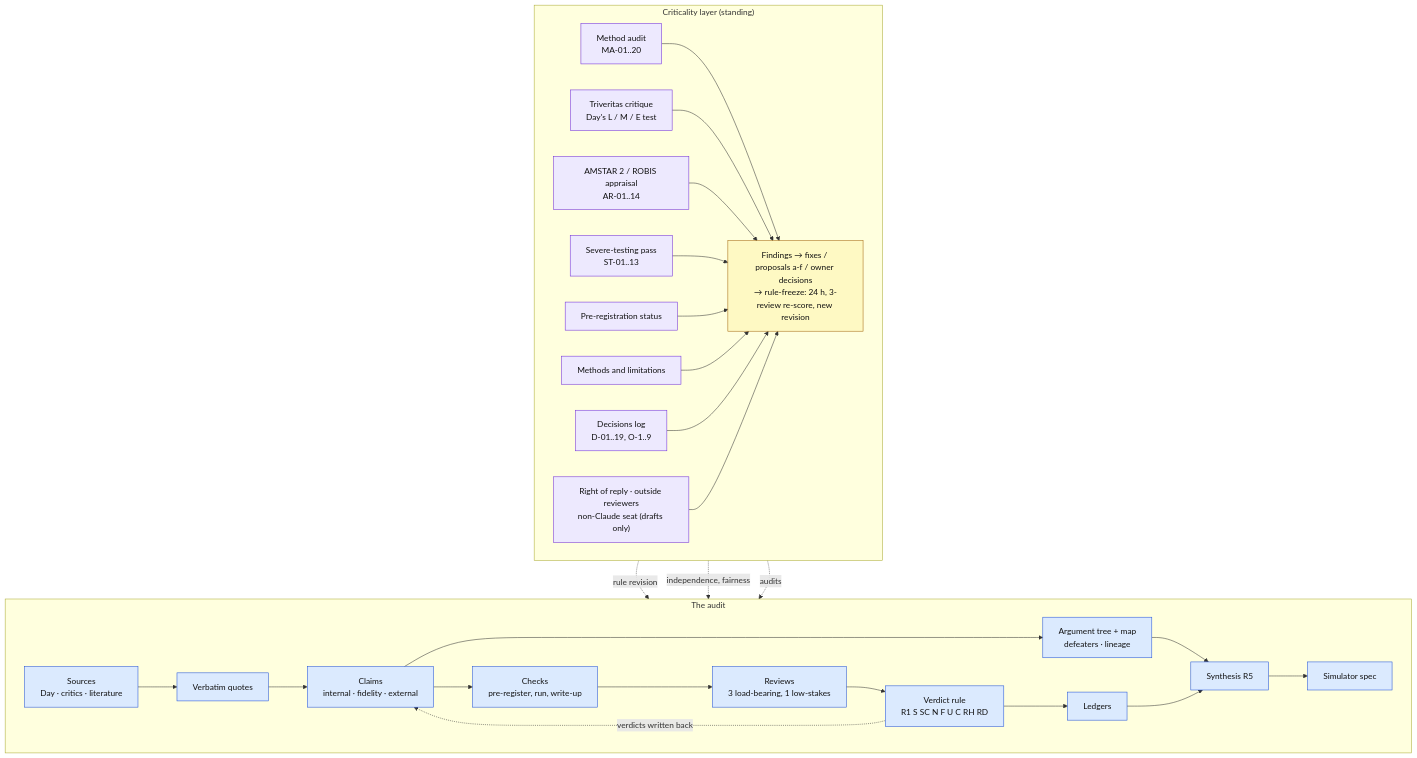
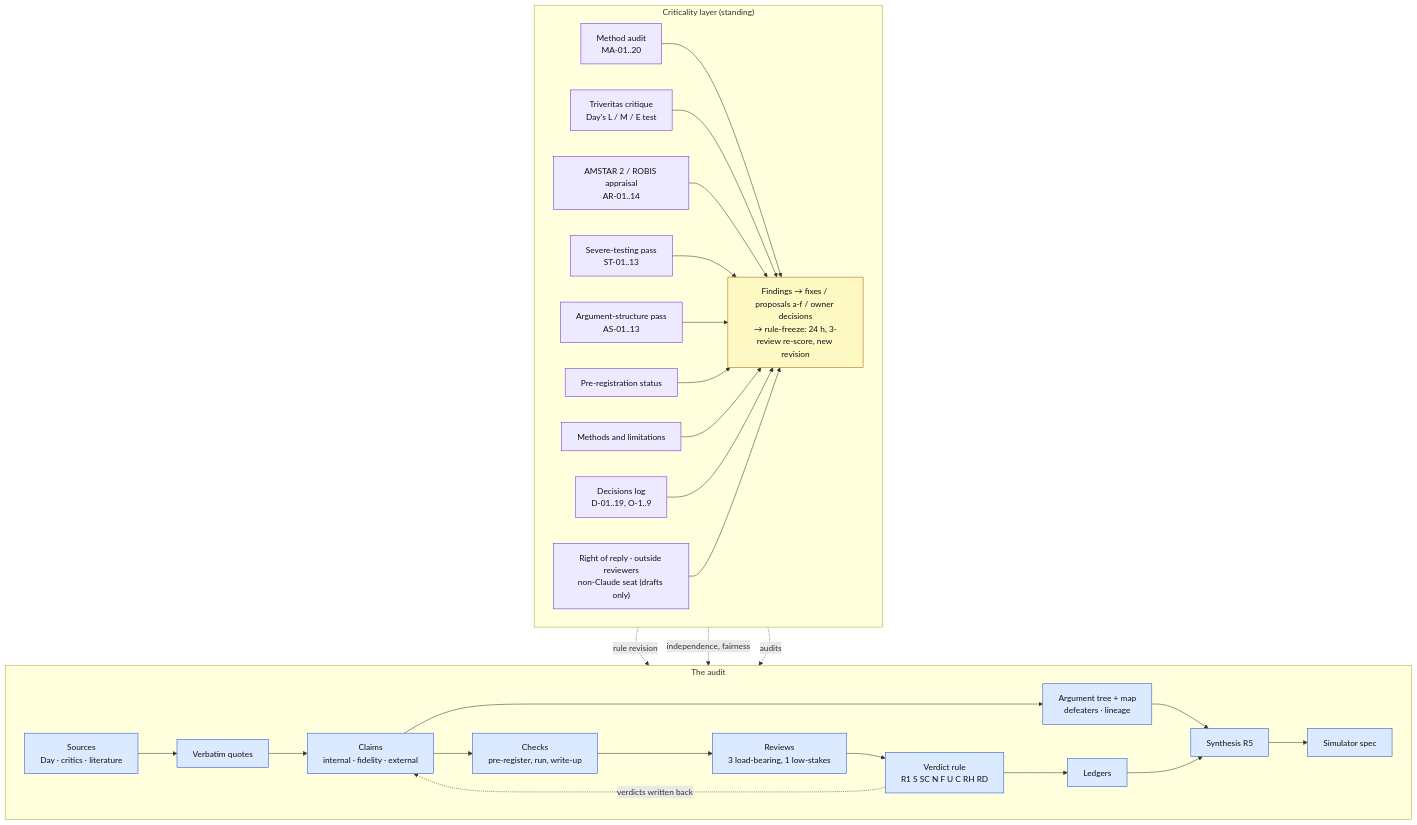
One commit to nickallevato/evo-sim changed the diagram in docs/research/criticality/README.md. Above: the diagram before and after it, drawn with Mermaid. The commit also changed other lines of this file and 4 other files, not shown here.

First line of the commit message:
Criticality pass v (argument structure), part 2: 33 nodes laid out for three parties, fallacy and ten-rule audit, aggregates, proposals, findings AS-01..AS-13

````diff
--- a/docs/research/criticality/README.md
+++ b/docs/research/criticality/README.md
@@ -13,32 +13,33 @@
 ```mermaid
 flowchart TB
   subgraph CORE["The audit"]
     direction LR
     SRC["Sources<br/>Day · critics · literature"] --> Q["Verbatim quotes"] --> CL["Claims<br/>internal · fidelity · external"] --> MAP["Argument tree + map<br/>defeaters · lineage"] --> R5["Synthesis R5"] --> SIM["Simulator spec"]
     CL --> CH["Checks<br/>pre-register, run, write-up"] --> RV["Reviews<br/>3 load-bearing, 1 low-stakes"] --> VR["Verdict rule<br/>R1 S SC N F U C RH RD"] --> LG["Ledgers"] --> R5
     VR -. "verdicts written back" .-> CL
   end
   subgraph CRIT["Criticality layer (standing)"]
     direction LR
     MA["Method audit<br/>MA-01..20"]
     TV["Triveritas critique<br/>Day's L / M / E test"]
     AR["AMSTAR 2 / ROBIS appraisal<br/>AR-01..14"]
     ST["Severe-testing pass<br/>ST-01..13"]
+    AS["Argument-structure pass<br/>AS-01..13"]
     PR["Pre-registration status"]
     ML["Methods and limitations"]
     DL["Decisions log<br/>D-01..19, O-1..9"]
     OUT["Right of reply · outside reviewers<br/>non-Claude seat (drafts only)"]
     FB["Findings → fixes / proposals a-f / owner decisions<br/>→ rule-freeze: 24 h, 3-review re-score, new revision"]
-    MA & TV & AR & ST & PR & ML & DL & OUT --> FB
+    MA & TV & AR & ST & AS & PR & ML & DL & OUT --> FB
   end
   CRIT -. "audits" .-> CORE
   FB -. "rule revision" .-> VR
   FB -. "independence, fairness" .-> RV
 
   classDef core fill:#dbeafe,stroke:#1d4ed8,color:#111
   classDef crit fill:#ede9fe,stroke:#6d28d9,color:#111
   classDef fb fill:#fef9c3,stroke:#a16207,color:#111
   class SRC,Q,CL,MAP,R5,SIM,CH,RV,VR,LG core
-  class MA,TV,AR,ST,PR,ML,DL,OUT crit
+  class MA,TV,AR,ST,AS,PR,ML,DL,OUT crit
   class FB fb
 ```
````
